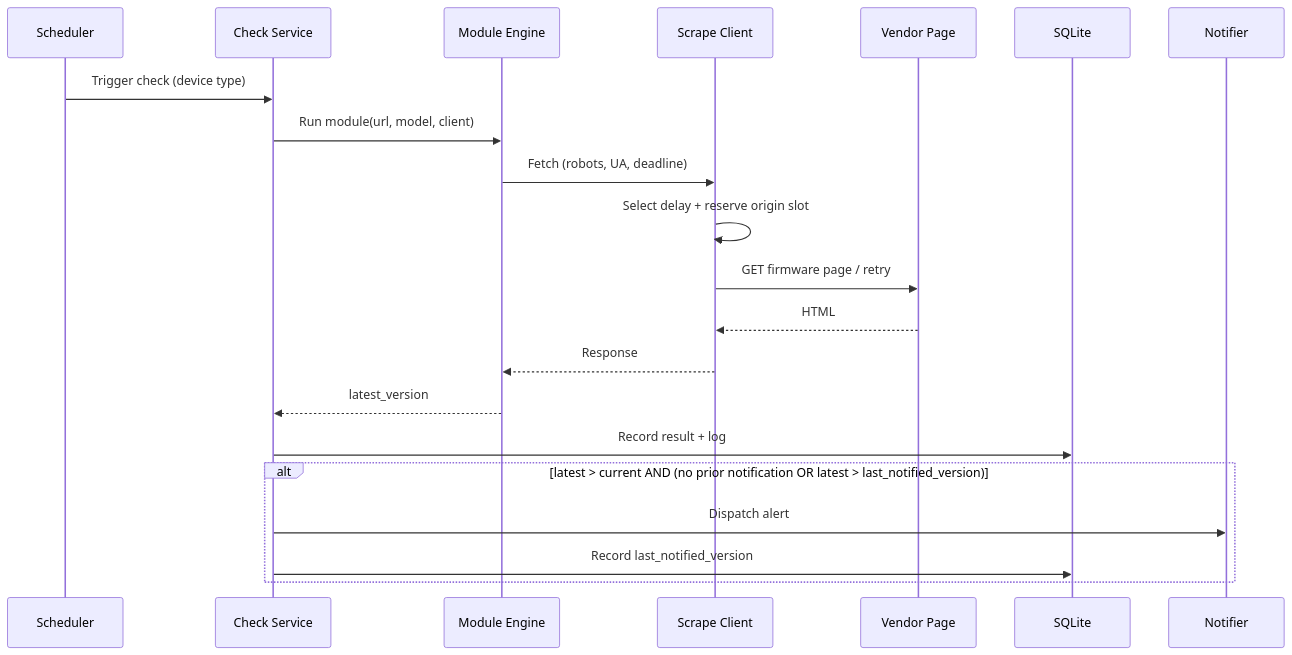
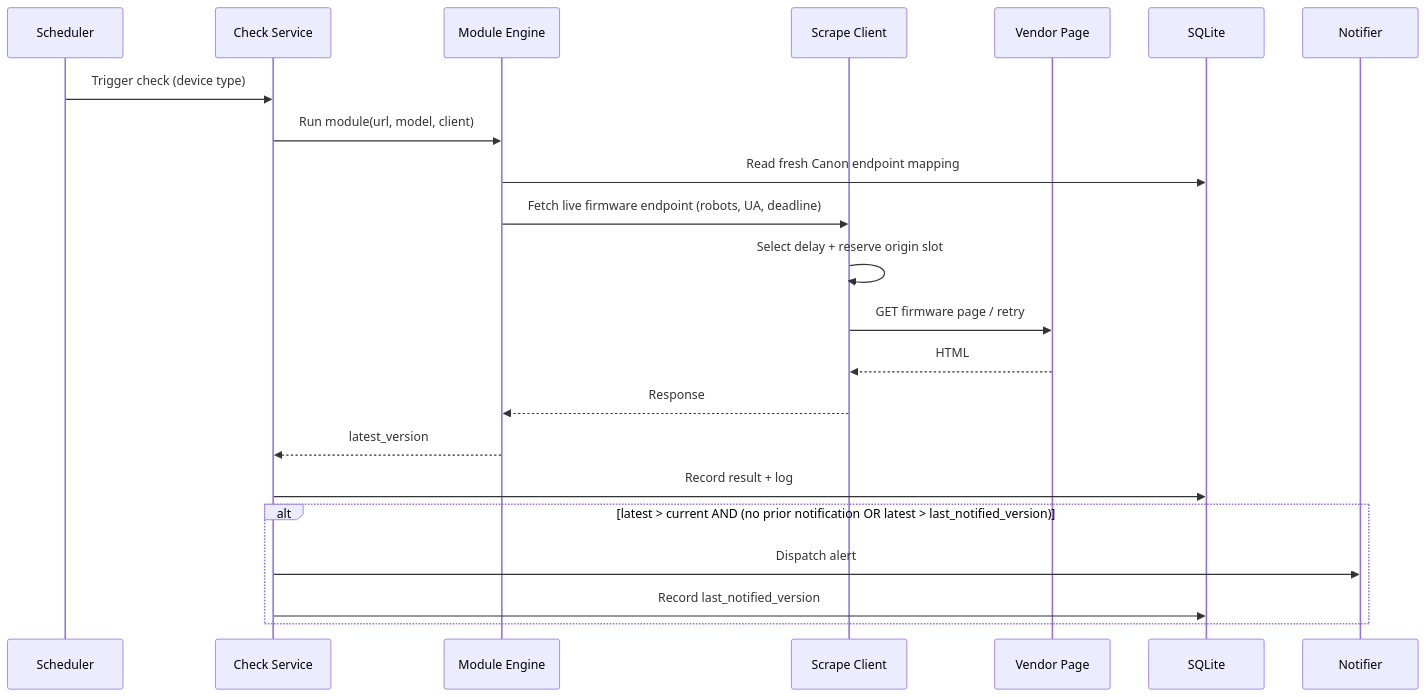
Before and after one commit to attilaszasz/Binocular: the fourth of 5 diagrams in specs/sad.md, drawn with Mermaid. The commit also changed other lines of this file and 28 other files, not shown here.

Commit message:
feat: add Canon endpoint discovery cache

````diff
--- a/specs/sad.md
+++ b/specs/sad.md
@@ -106,23 +106,24 @@
 ```mermaid
 sequenceDiagram
     participant Sched as Scheduler
     participant Svc as Check Service
     participant Eng as Module Engine
     participant HTTP as Scrape Client
     participant Vendor as Vendor Page
     participant DB as SQLite
     participant Notify as Notifier
     Sched->>Svc: Trigger check (device type)
     Svc->>Eng: Run module(url, model, client)
-    Eng->>HTTP: Fetch (robots, UA, deadline)
+    Eng->>DB: Read fresh Canon endpoint mapping
+    Eng->>HTTP: Fetch live firmware endpoint (robots, UA, deadline)
     HTTP->>HTTP: Select delay + reserve origin slot
     HTTP->>Vendor: GET firmware page / retry
     Vendor-->>HTTP: HTML
     HTTP-->>Eng: Response
     Eng-->>Svc: latest_version
     Svc->>DB: Record result + log
     alt latest > current AND (no prior notification OR latest > last_notified_version)
         Svc->>Notify: Dispatch alert
         Svc->>DB: Record last_notified_version
     end
 ```
````
